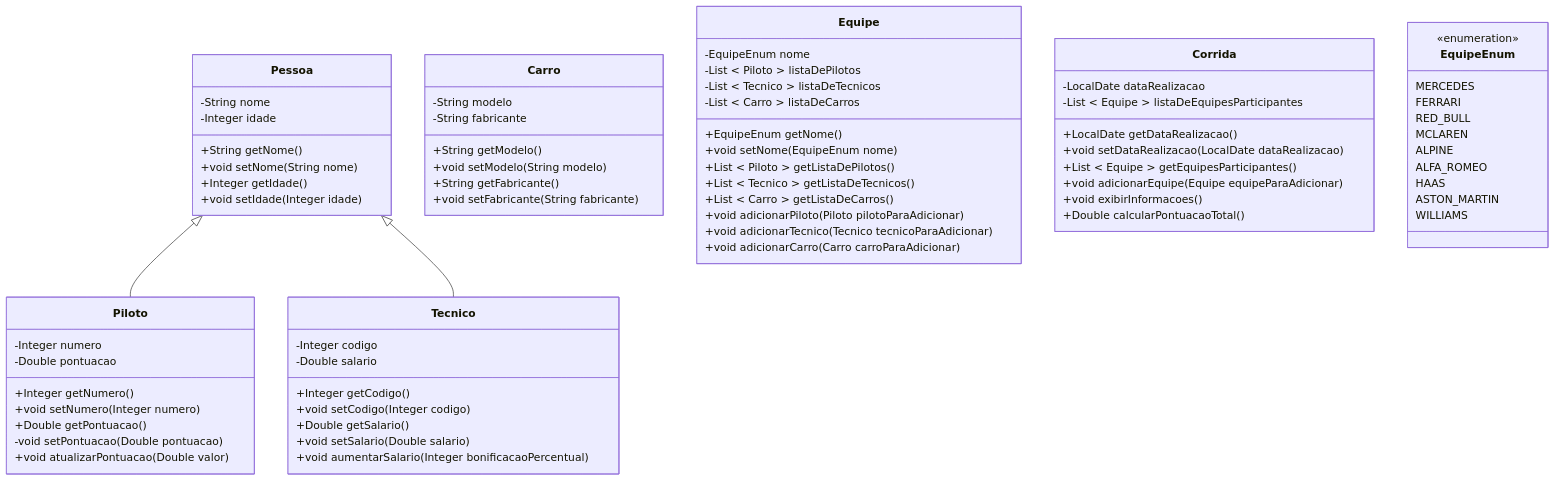
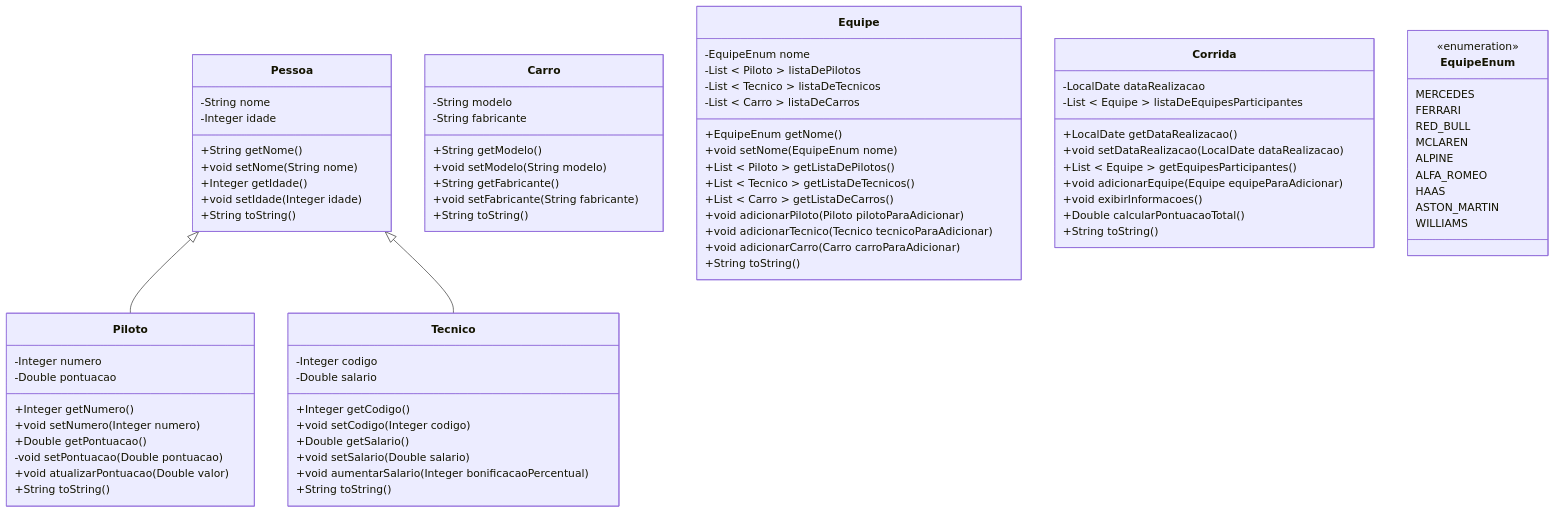
One commit to heltonricardo/enunciados-exercicios-java changed the diagram in exercicio-002/versao-002/README.md. Above: the diagram before and after it, drawn with Mermaid. The commit also changed other lines of this file and 1 other file, not shown here.

Commit message:
exercicio 2-2

```diff
--- a/exercicio-002/versao-002/README.md
+++ b/exercicio-002/versao-002/README.md
@@ -20,6 +20,7 @@
   +void setNome(String nome)
   +Integer getIdade()
   +void setIdade(Integer idade)
+  +String toString()
 }
 
 class Piloto {
@@ -30,6 +31,7 @@
   +Double getPontuacao()
   -void setPontuacao(Double pontuacao)
   +void atualizarPontuacao(Double valor)
+  +String toString()
 }
 
 class Tecnico {
@@ -40,6 +42,7 @@
   +Double getSalario()
   +void setSalario(Double salario)
   +void aumentarSalario(Integer bonificacaoPercentual)
+  +String toString()
 }
 
 class Carro {
@@ -49,6 +52,7 @@
   +void setModelo(String modelo)
   +String getFabricante()
   +void setFabricante(String fabricante)
+  +String toString()
 }
 
 class Equipe {
@@ -64,6 +68,7 @@
   +void adicionarPiloto(Piloto pilotoParaAdicionar)
   +void adicionarTecnico(Tecnico tecnicoParaAdicionar)
   +void adicionarCarro(Carro carroParaAdicionar)
+  +String toString()
 }
 
 class Corrida {
@@ -75,6 +80,7 @@
   +void adicionarEquipe(Equipe equipeParaAdicionar)
   +void exibirInformacoes()
   +Double calcularPontuacaoTotal()
+  +String toString()
 }
 
 class EquipeEnum {
```
